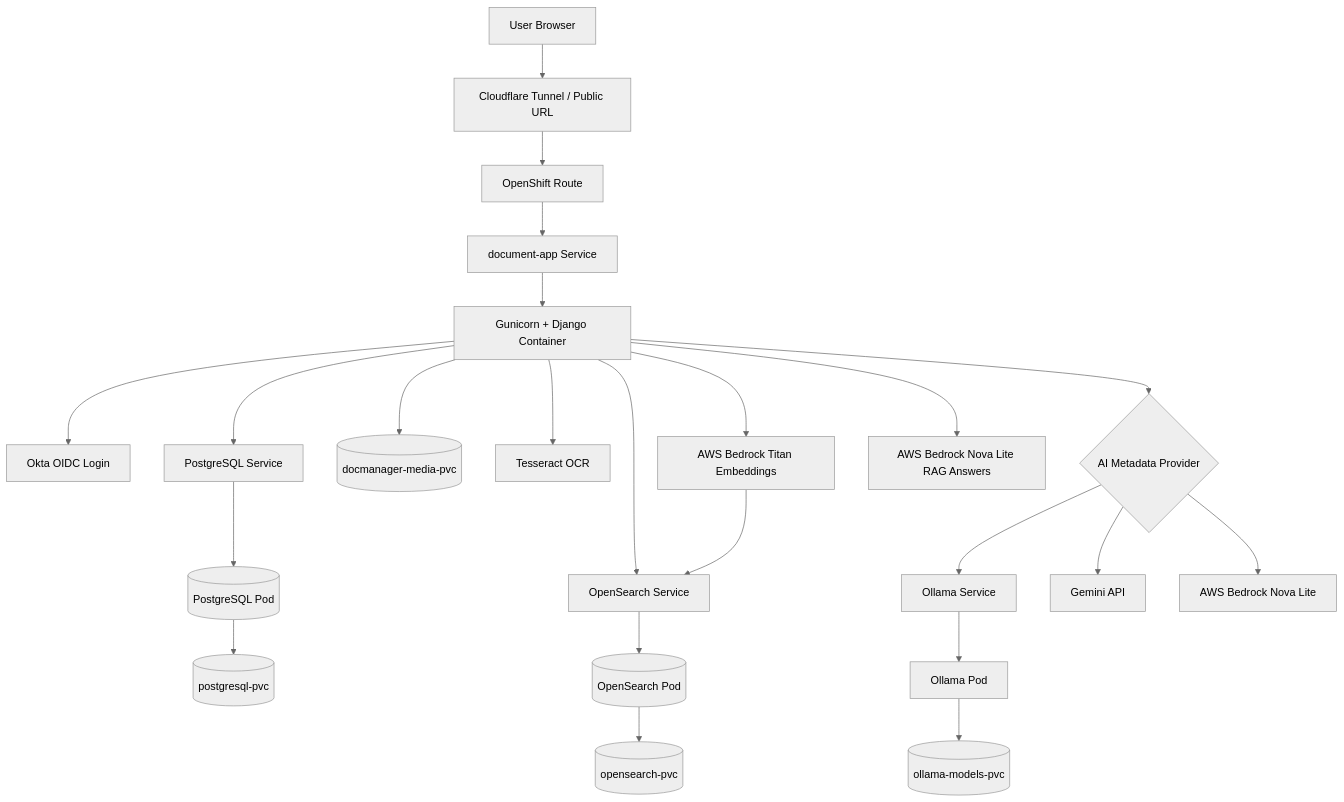
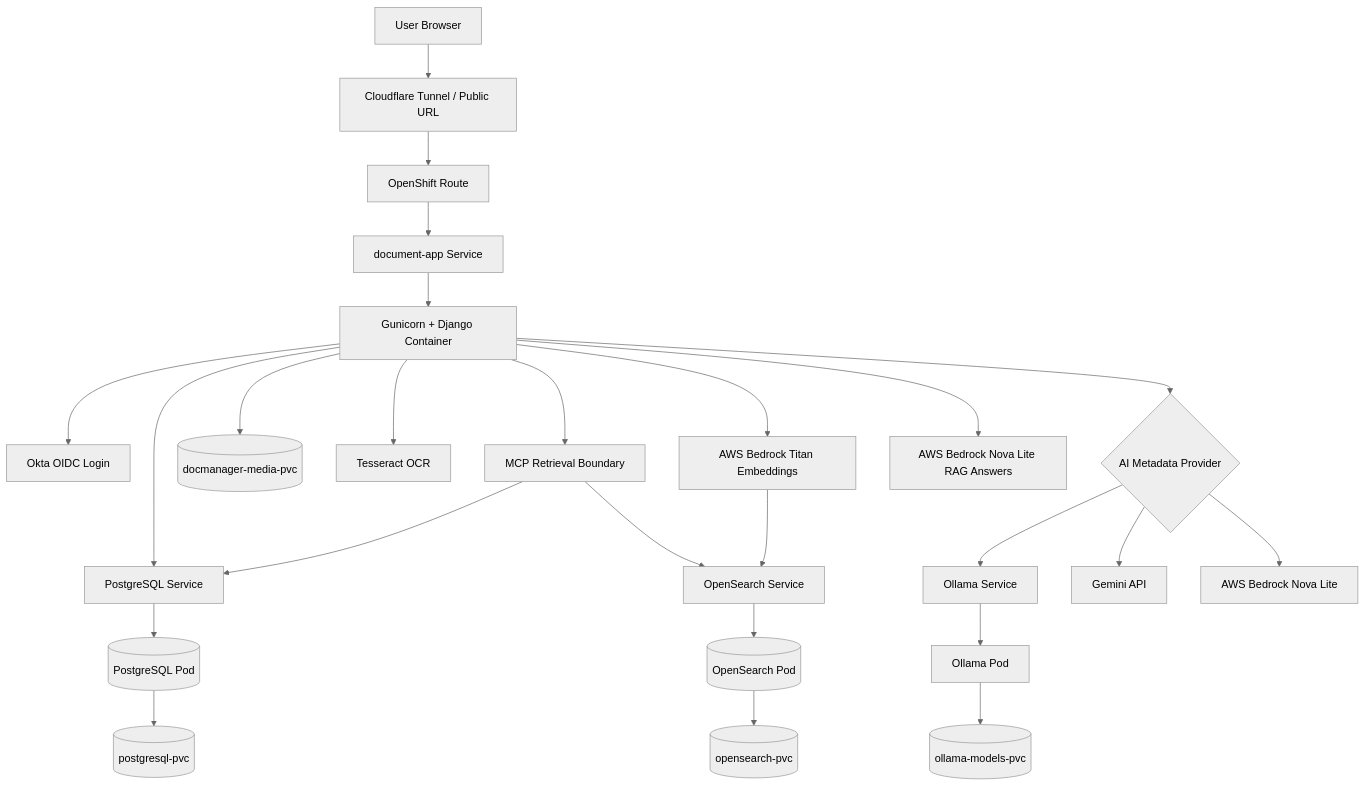
The first of 3 diagrams in docs/architecture.md (khaliqueaws-creator/document-management), drawn with Mermaid (neutral theme) before and after one commit. The commit also changed other lines of this file and 16 other files, not shown here.

Commit message:
Add MCP retrieval observability

````diff
--- a/docs/architecture.md
+++ b/docs/architecture.md
@@ -9,30 +9,32 @@
 ```mermaid
 flowchart TB
     User[User Browser] --> CF[Cloudflare Tunnel / Public URL]
     CF --> Route[OpenShift Route]
     Route --> SVC[document-app Service]
     SVC --> App[Gunicorn + Django Container]
 
     App --> Okta[Okta OIDC Login]
     App --> PostgreSQLSvc[PostgreSQL Service]
     PostgreSQLSvc --> PostgreSQL[(PostgreSQL Pod)]
     PostgreSQL --> PostgreSQLPVC[(postgresql-pvc)]
 
-    App --> OpenSearchSvc[OpenSearch Service]
+    App --> MCP[MCP Retrieval Boundary]
+    MCP --> OpenSearchSvc[OpenSearch Service]
+    MCP --> PostgreSQLSvc
     OpenSearchSvc --> OpenSearch[(OpenSearch Pod)]
     OpenSearch --> OpenSearchPVC[(opensearch-pvc)]
 
     App --> MediaPVC[(docmanager-media-pvc)]
     App --> Tesseract[Tesseract OCR]
 
     App --> AIChoice{AI Metadata Provider}
     AIChoice --> OllamaSvc[Ollama Service]
     AIChoice --> Gemini[Gemini API]
     AIChoice --> Bedrock[AWS Bedrock Nova Lite]
     OllamaSvc --> Ollama[Ollama Pod]
     Ollama --> OllamaPVC[(ollama-models-pvc)]
 
     App --> Titan[AWS Bedrock Titan Embeddings]
     Titan --> OpenSearchSvc
     App --> RAGAnswer[AWS Bedrock Nova Lite RAG Answers]
 ```
````
